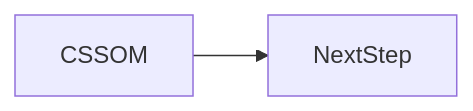
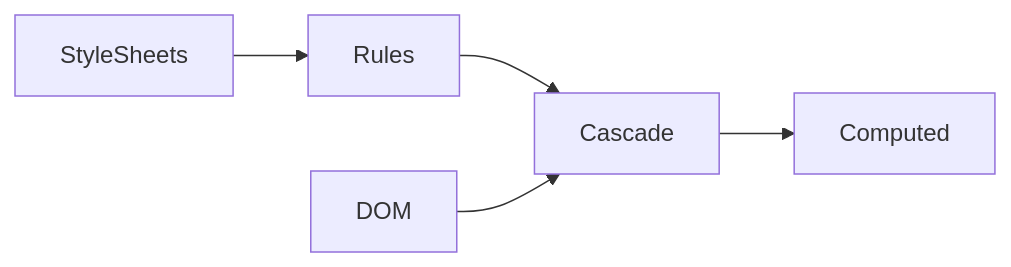
Before and after one commit to OmidJavaherii/Frontend-Engineering-Handbook: the second of 2 diagrams in docs/en/03-browser/cssom/index.md, drawn with Mermaid. The commit also changed other lines of this file and 461 other files, not shown here.

````diff
--- a/docs/en/03-browser/cssom/index.md
+++ b/docs/en/03-browser/cssom/index.md
@@ -96,4 +108,5 @@
 ```mermaid
 flowchart LR
-  concept[CSSOM] --> nextStep[NextStep]
+  Sheets[StyleSheets] --> Rules --> Cascade
+  DOM --> Cascade --> Computed
 ```
````
